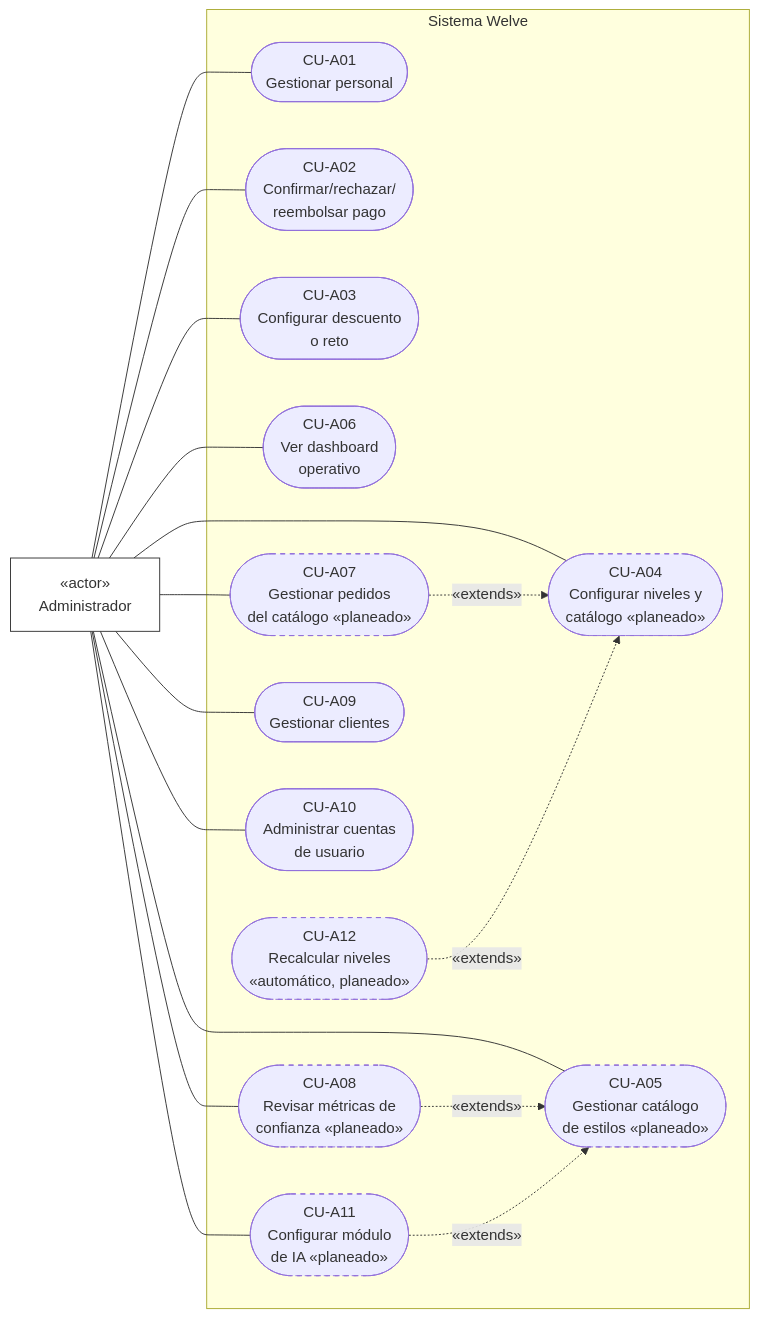
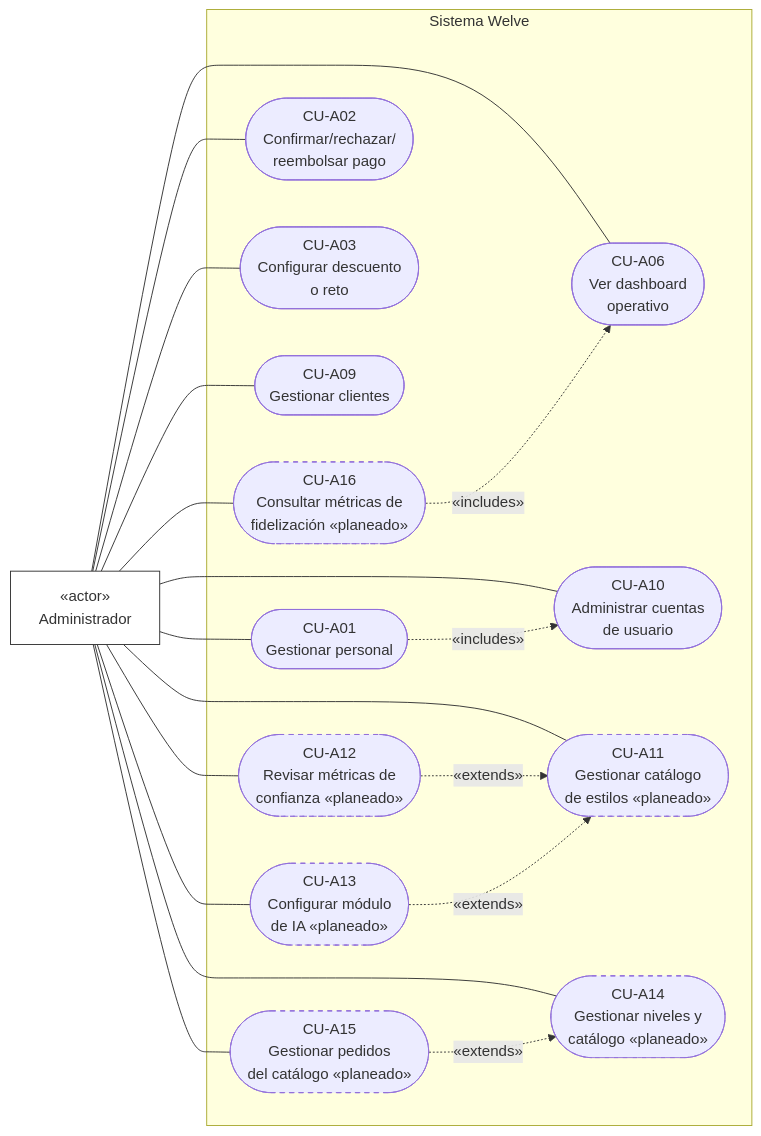
Before and after one commit to Alezzandromv/welve: the third of 3 diagrams in docs/tesis/02_CASOS_DE_USO_UML.md, drawn with Mermaid. The commit also changed other lines of this file and 9 other files, not shown here.

````diff
--- a/docs/tesis/02_CASOS_DE_USO_UML.md
+++ b/docs/tesis/02_CASOS_DE_USO_UML.md
@@ -112,42 +124,44 @@
 ```mermaid
 flowchart LR
     Admin["«actor»<br/>Administrador"]
 
     subgraph SistemaA["Sistema Welve"]
         CUA01(["CU-A01<br/>Gestionar personal"])
         CUA02(["CU-A02<br/>Confirmar/rechazar/<br/>reembolsar pago"])
         CUA03(["CU-A03<br/>Configurar descuento<br/>o reto"])
-        CUA04(["CU-A04<br/>Configurar niveles y<br/>catálogo «planeado»"])
-        CUA05(["CU-A05<br/>Gestionar catálogo<br/>de estilos «planeado»"])
         CUA06(["CU-A06<br/>Ver dashboard<br/>operativo"])
-        CUA07(["CU-A07<br/>Gestionar pedidos<br/>del catálogo «planeado»"])
-        CUA08(["CU-A08<br/>Revisar métricas de<br/>confianza «planeado»"])
         CUA09(["CU-A09<br/>Gestionar clientes"])
         CUA10(["CU-A10<br/>Administrar cuentas<br/>de usuario"])
-        CUA11(["CU-A11<br/>Configurar módulo<br/>de IA «planeado»"])
-        CUA12(["CU-A12<br/>Recalcular niveles<br/>«automático, planeado»"])
+        CUA11(["CU-A11<br/>Gestionar catálogo<br/>de estilos «planeado»"])
+        CUA12(["CU-A12<br/>Revisar métricas de<br/>confianza «planeado»"])
+        CUA13(["CU-A13<br/>Configurar módulo<br/>de IA «planeado»"])
+        CUA14(["CU-A14<br/>Gestionar niveles y<br/>catálogo «planeado»"])
+        CUA15(["CU-A15<br/>Gestionar pedidos<br/>del catálogo «planeado»"])
+        CUA16(["CU-A16<br/>Consultar métricas de<br/>fidelización «planeado»"])
     end
 
     Admin --- CUA01
     Admin --- CUA02
     Admin --- CUA03
-    Admin --- CUA04
-    Admin --- CUA05
     Admin --- CUA06
-    Admin --- CUA07
-    Admin --- CUA08
     Admin --- CUA09
     Admin --- CUA10
     Admin --- CUA11
+    Admin --- CUA12
+    Admin --- CUA13
+    Admin --- CUA14
+    Admin --- CUA15
+    Admin --- CUA16
 
-    CUA07 -. "«extends»" .-> CUA04
-    CUA08 -. "«extends»" .-> CUA05
-    CUA11 -. "«extends»" .-> CUA05
-    CUA12 -. "«extends»" .-> CUA04
+    CUA01 -. "«includes»" .-> CUA10
+    CUA15 -. "«extends»" .-> CUA14
+    CUA12 -. "«extends»" .-> CUA11
+    CUA13 -. "«extends»" .-> CUA11
+    CUA16 -. "«includes»" .-> CUA06
 
     classDef actor fill:#fff,stroke:#333,stroke-width:1px
     class Admin actor
 
     classDef planeado stroke-dasharray: 5 5
-    class CUA04,CUA05,CUA07,CUA08,CUA11,CUA12 planeado
+    class CUA11,CUA12,CUA13,CUA14,CUA15,CUA16 planeado
 ```
````
